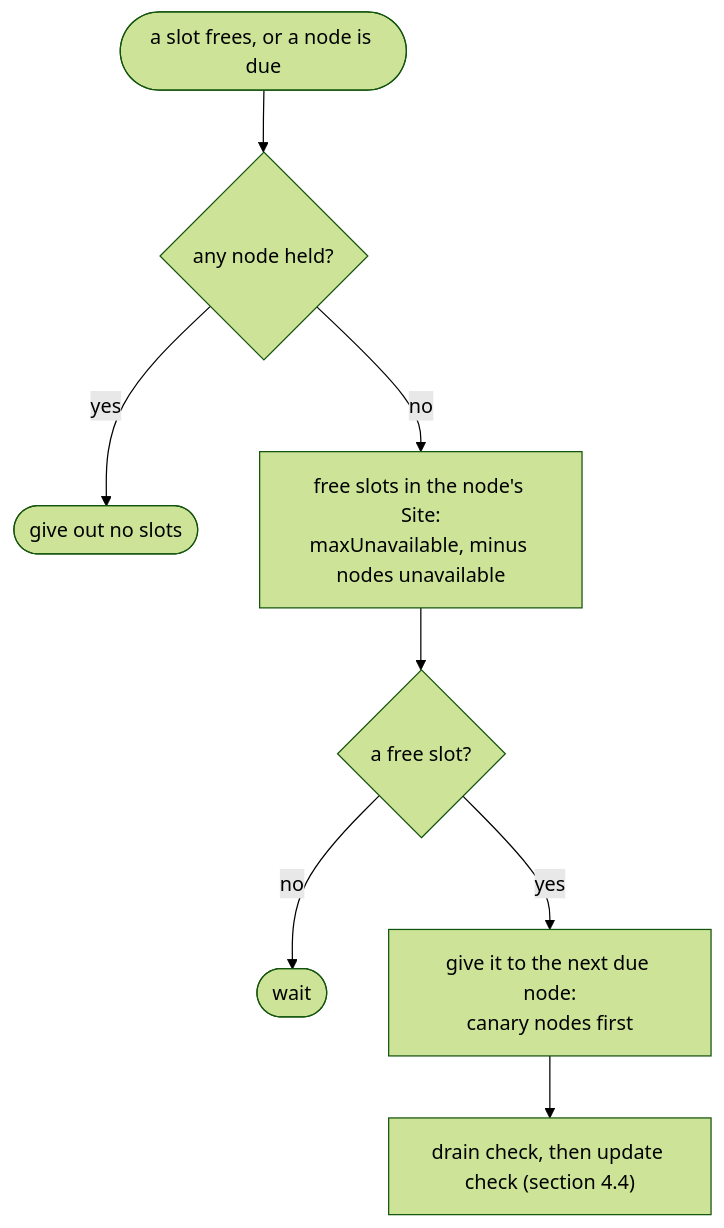
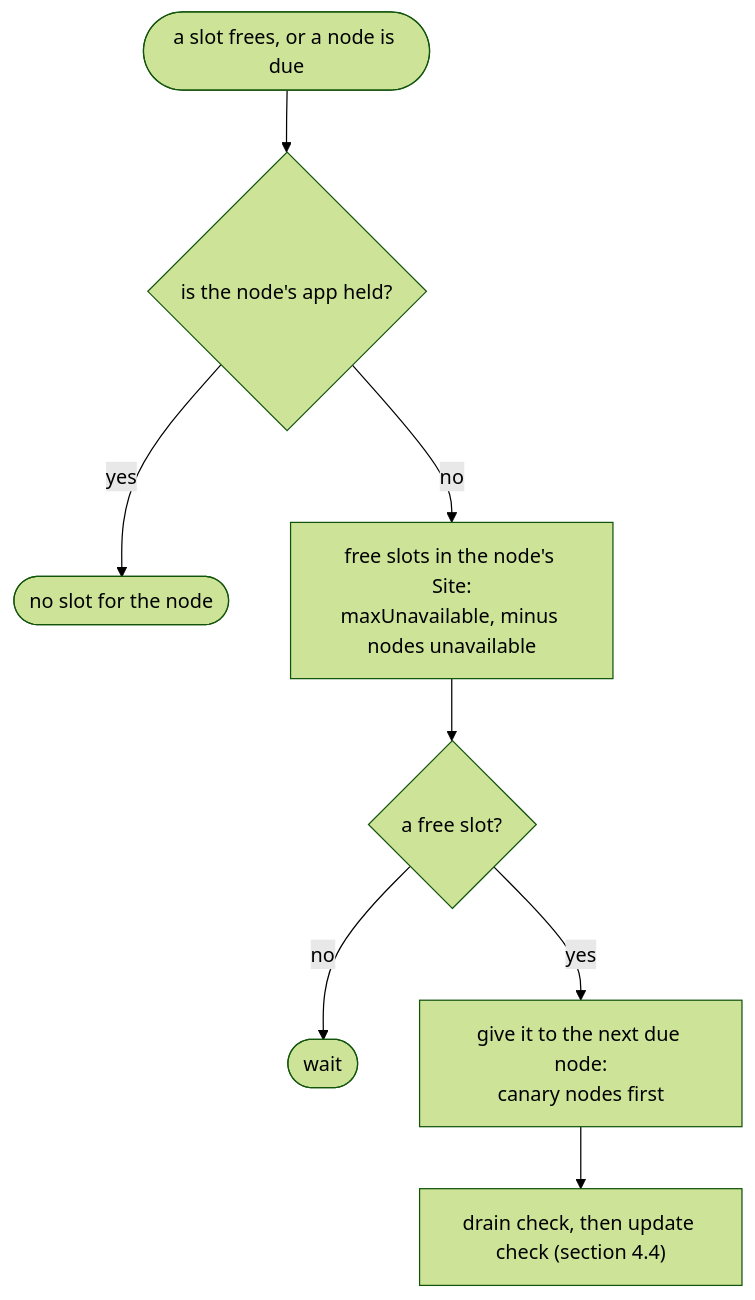
The second of 4 diagrams in designs/centerpivot.md (Azure/unbounded), drawn with Mermaid (forest theme) before and after one commit. The commit also changed other lines of this file, not shown here.

````diff
--- a/designs/centerpivot.md
+++ b/designs/centerpivot.md
@@ -155,10 +164,10 @@
 ```mermaid
 flowchart TB
-    Start(["a slot frees, or a node is due"]) --> Held{"any node held?"}
-    Held -->|yes| Wait(["give out no slots"])
+    Start(["a slot frees, or a node is due"]) --> Held{"is the node's app held?"}
+    Held -->|yes| Wait(["no slot for the node"])
     Held -->|no| Count["free slots in the node's Site:<br/>maxUnavailable, minus nodes unavailable"]
     Count --> Free{"a free slot?"}
     Free -->|no| Wait2(["wait"])
     Free -->|yes| Pick["give it to the next due node:<br/>canary nodes first"]
     Pick --> Check["drain check, then update check (section 4.4)"]
 ```
````
